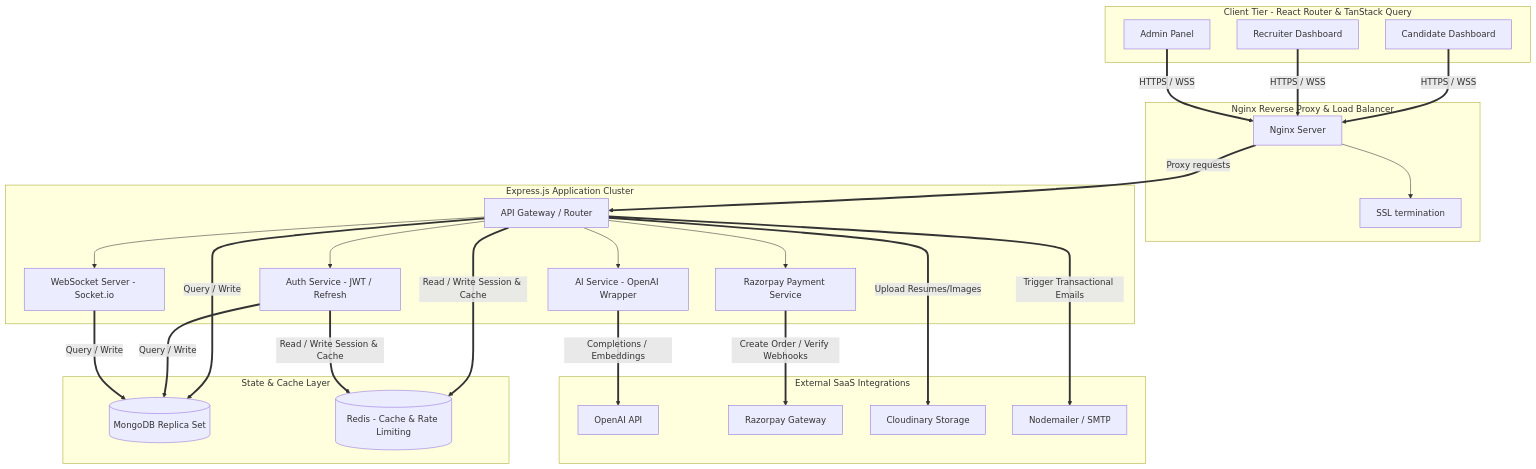
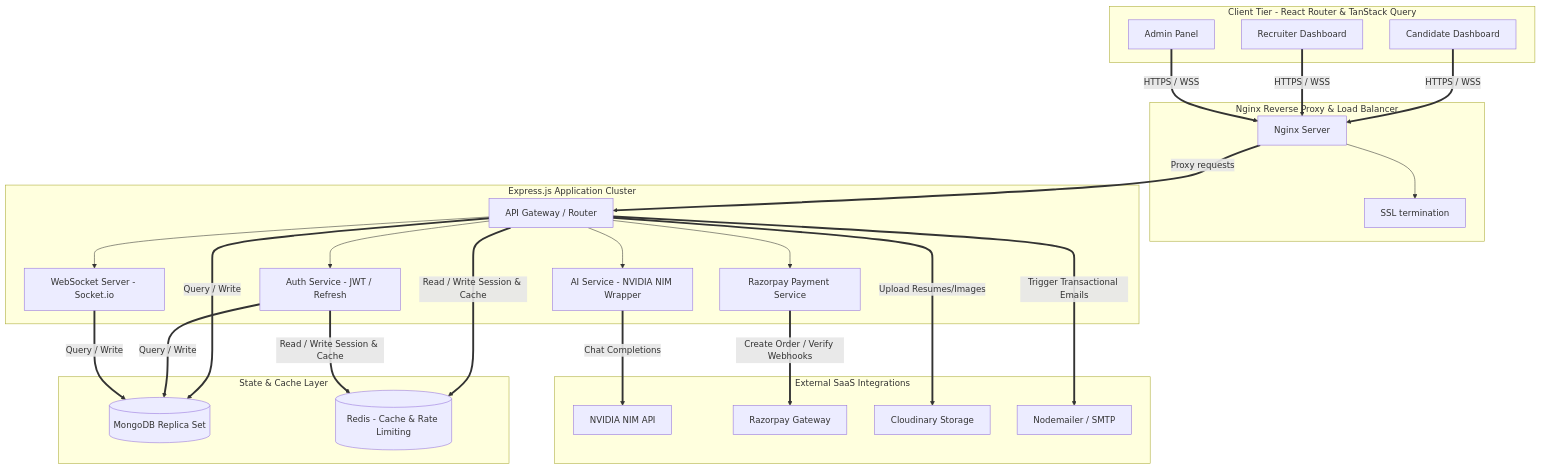
The first of 2 diagrams in docs/ARCHITECTURE.md (nikhilthange/ai-powered-interview-hiring-platform), drawn with Mermaid before and after one commit. The commit also changed other lines of this file and 14 other files, not shown here.

First line of the commit message:
Migrate from OpenAI to NVIDIA NIM

````diff
--- a/docs/ARCHITECTURE.md
+++ b/docs/ARCHITECTURE.md
@@ -9,58 +9,58 @@
 ```mermaid
 graph TD
     %% Clients
     subgraph Client Tier [Client Tier - React Router & TanStack Query]
         C1[Candidate Dashboard]
         C2[Recruiter Dashboard]
         C3[Admin Panel]
     end
 
     %% Gateway & Proxy
     subgraph Gateway Tier [Nginx Reverse Proxy & Load Balancer]
         NGX[Nginx Server]
         SSL[SSL termination]
         NGX --> SSL
     end
 
     %% Application Server Tier
     subgraph Application Tier [Express.js Application Cluster]
         API[API Gateway / Router]
         AUTH[Auth Service - JWT / Refresh]
-        AIS[AI Service - OpenAI Wrapper]
+        AIS[AI Service - NVIDIA NIM Wrapper]
         PAY[Razorpay Payment Service]
         SOC[WebSocket Server - Socket.io]
     end
 
     %% Database & Cache Tier
     subgraph Database Tier [State & Cache Layer]
         MDB[(MongoDB Replica Set)]
         RED[(Redis - Cache & Rate Limiting)]
     end
 
     %% Integration Tier
     subgraph External Services [External SaaS Integrations]
-        OAI[OpenAI API]
+        OAI[NVIDIA NIM API]
         RP[Razorpay Gateway]
         CLD[Cloudinary Storage]
         SES[Nodemailer / SMTP]
     end
 
     %% Connections
     C1 & C2 & C3 ==>|HTTPS / WSS| NGX
     NGX ==>|Proxy requests| API
     
     API --> AUTH
     API --> AIS
     API --> PAY
     API --> SOC
     
     %% DB Hooks
     API & AUTH & SOC ==>|Query / Write| MDB
     API & AUTH ==>|Read / Write Session & Cache| RED
     
     %% Integrations Hooks
-    AIS ==>|Completions / Embeddings| OAI
+    AIS ==>|Chat Completions| OAI
     PAY ==>|Create Order / Verify Webhooks| RP
     API ==>|Upload Resumes/Images| CLD
     API ==>|Trigger Transactional Emails| SES
 ```
````
